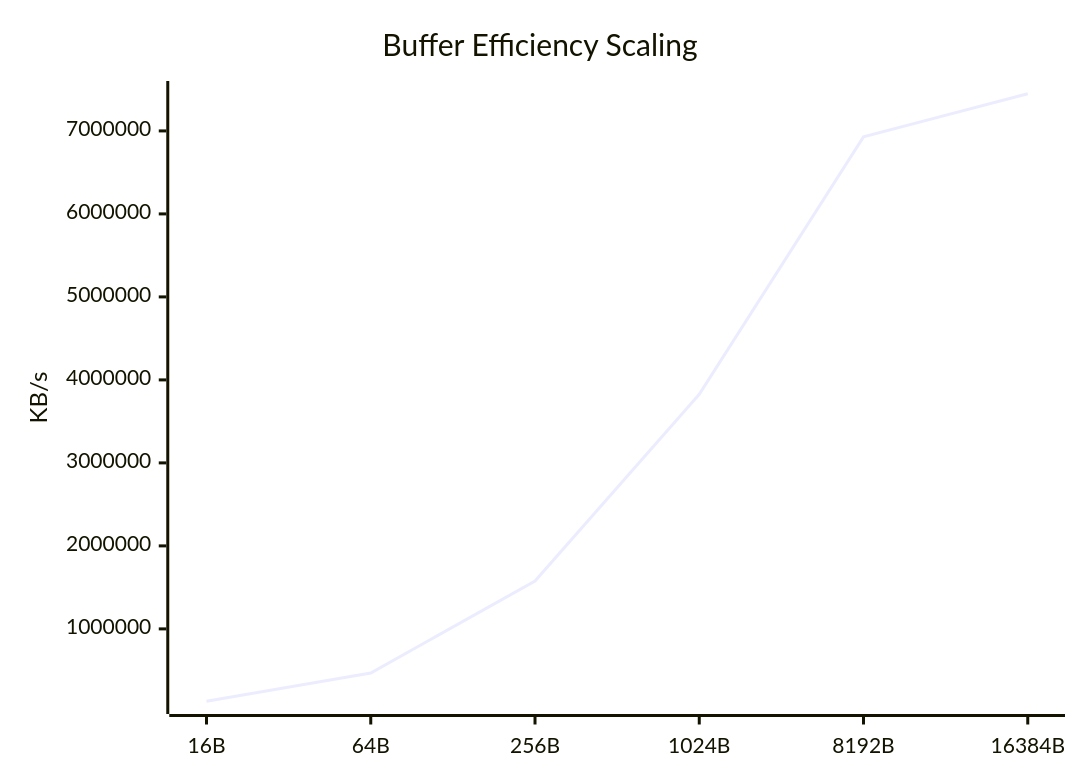
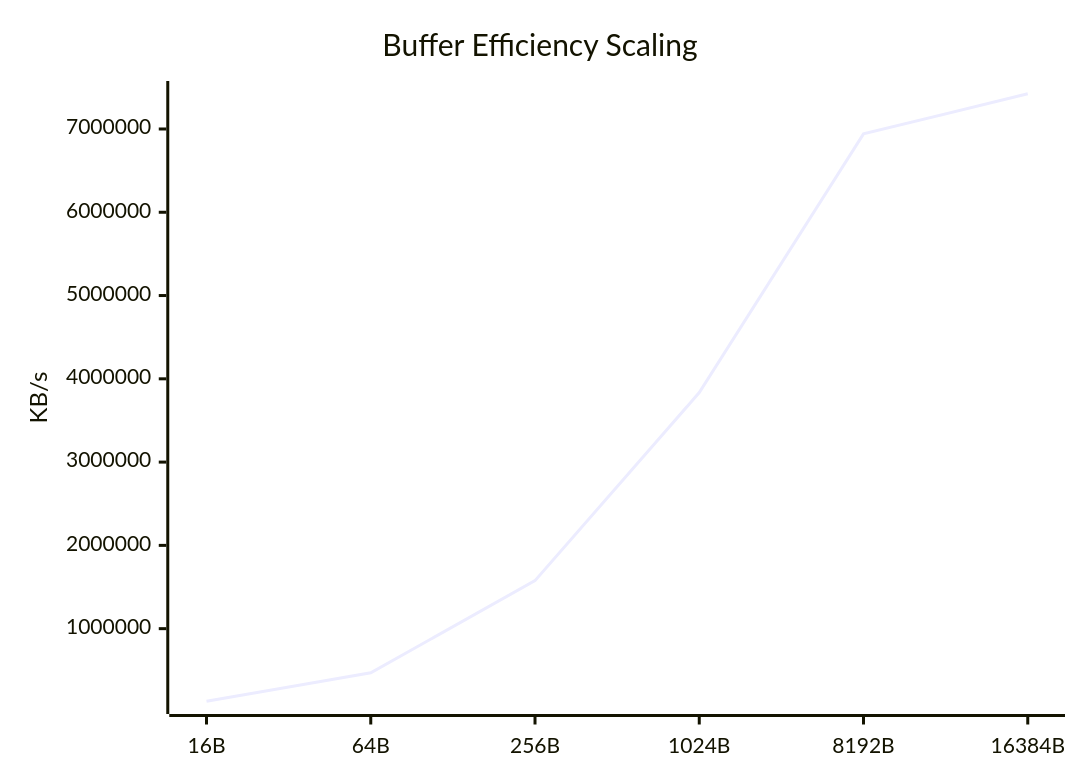
The fifth of 9 diagrams in docs/Comparison_Report.md (taha2samy/openssl_fips), drawn with Mermaid before and after one commit. The commit also changed other lines of this file and 3 other files, not shown here.

````diff
--- a/docs/Comparison_Report.md
+++ b/docs/Comparison_Report.md
@@ -94,7 +94,7 @@
 ```mermaid
 xychart-beta
     title "Buffer Efficiency Scaling"
     x-axis [16B, 64B, 256B, 1024B, 8192B, 16384B]
     y-axis "KB/s"
-    line [128141.67, 468806.46, 1576041.09, 3826379.78, 6928474.11, 7447707.65]
+    line [128302.02, 469749.38, 1576196.86, 3834567.17, 6941007.87, 7423115.26]
 ```
````
